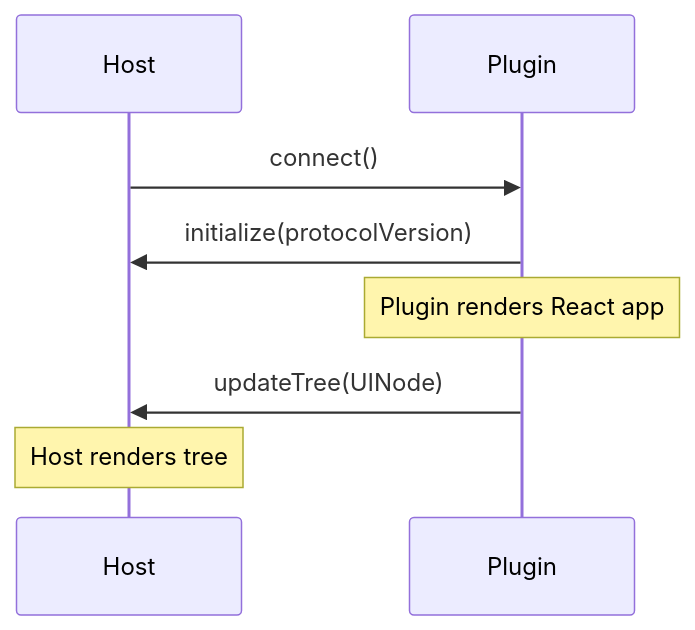
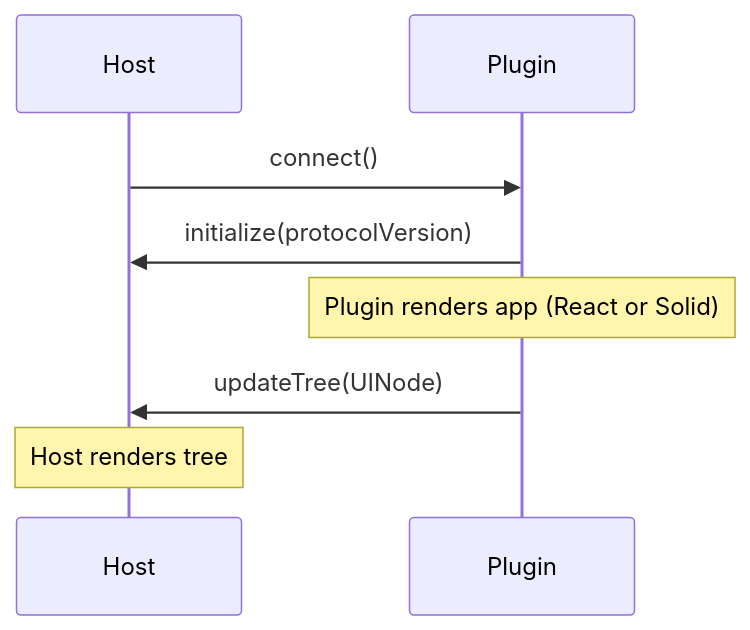
The second of 6 diagrams in docs/content/docs/architecture.mdx (HuakunShen/uniview), drawn with Mermaid before and after one commit. The commit also changed other lines of this file and 50 other files, not shown here.

First line of the commit message:
feat: add SolidJS plugin support with universal renderer

````diff
--- a/docs/content/docs/architecture.mdx
+++ b/docs/content/docs/architecture.mdx
@@ -47,11 +47,11 @@
 ```mermaid
 sequenceDiagram
     participant Host
     participant Plugin
 
     Host->>Plugin: connect()
     Plugin->>Host: initialize(protocolVersion)
-    Note over Plugin: Plugin renders React app
+    Note over Plugin: Plugin renders app (React or Solid)
     Plugin->>Host: updateTree(UINode)
     Note over Host: Host renders tree
 ```
````
